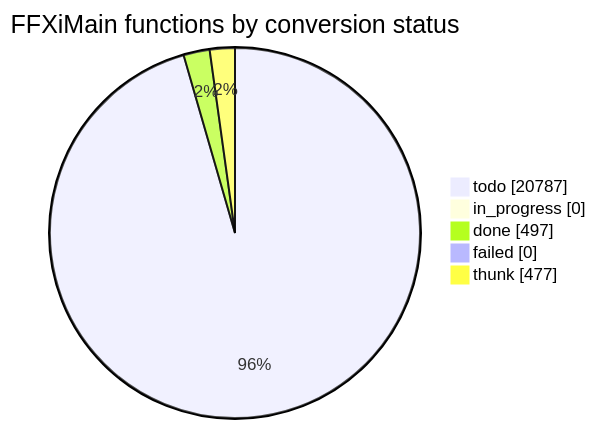
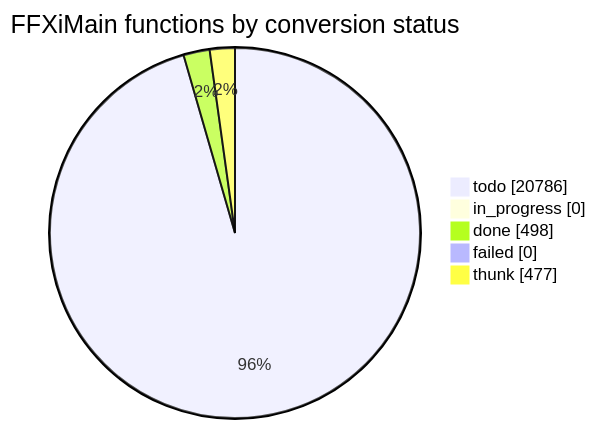
The diagram in docs/cow/STATUS.md (cowrevenge/cow_kuluu_xi_anything), drawn with Mermaid before and after one commit. The commit also changed other lines of this file and 9 other files, not shown here.

````diff
--- a/docs/cow/STATUS.md
+++ b/docs/cow/STATUS.md
@@ -18,9 +18,9 @@
 ```mermaid
 pie showData
     title FFXiMain functions by conversion status
-    "todo" : 20787
+    "todo" : 20786
     "in_progress" : 0
-    "done" : 497
+    "done" : 498
     "failed" : 0
     "thunk" : 477
 ```
````
